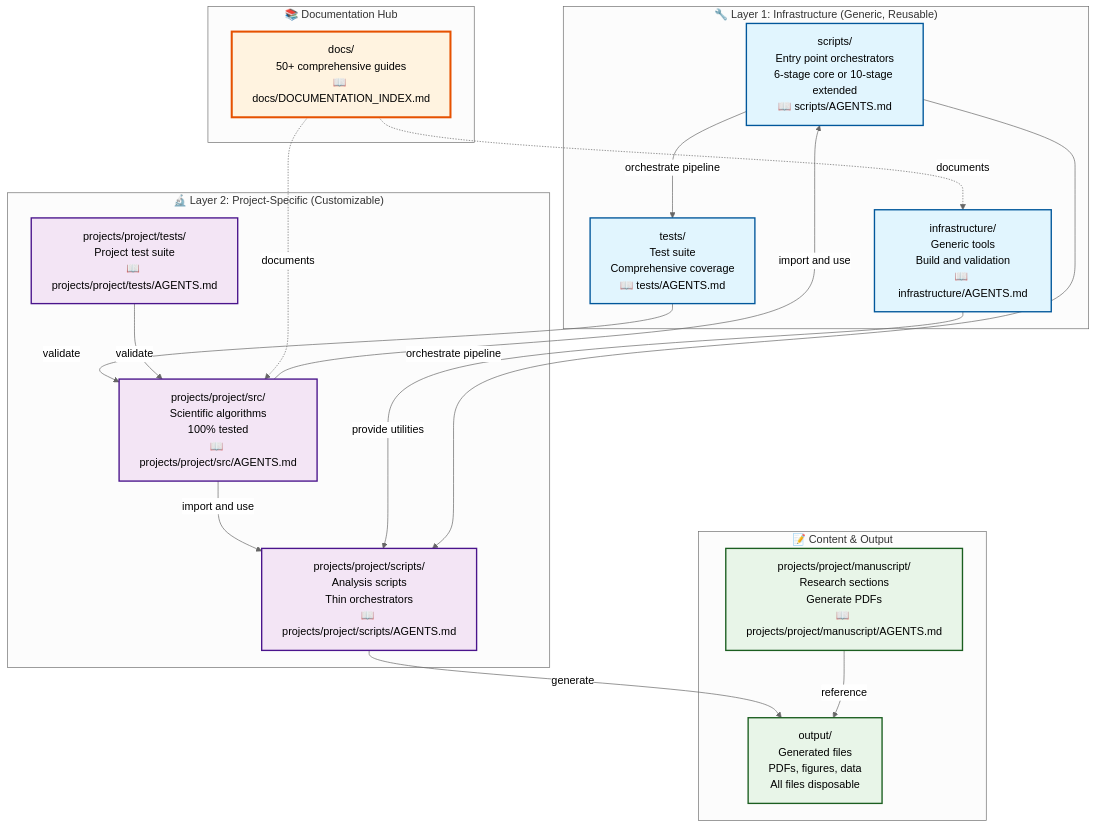
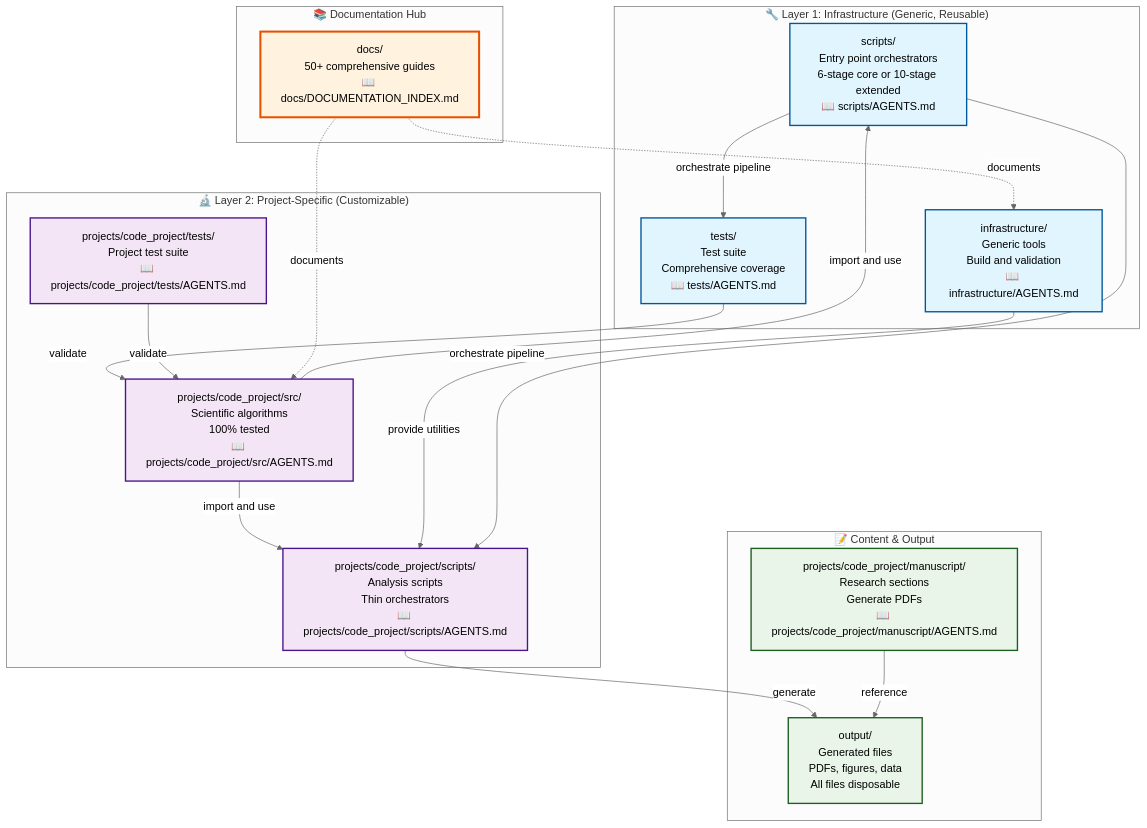
Before and after one commit to docxology/template: the sixth of 14 diagrams in README.md, drawn with Mermaid (neutral theme). The commit also changed other lines of this file and 120 other files, not shown here.

````diff
--- a/README.md
+++ b/README.md
@@ -469,45 +468,45 @@
 ```mermaid
 graph TB
     subgraph L1["🔧 Layer 1: Infrastructure (Generic, Reusable)"]
         INFRA[infrastructure/\nGeneric tools\nBuild and validation\n📖 infrastructure/AGENTS.md]
         INFRA_SCRIPTS[scripts/\nEntry point orchestrators\n6-stage core or 10-stage extended\n📖 scripts/AGENTS.md]
         TESTS[tests/\nTest suite\nComprehensive coverage\n📖 tests/AGENTS.md]
     end
 
     subgraph L2["🔬 Layer 2: Project-Specific (Customizable)"]
-        SRC[projects/project/src/\nScientific algorithms\n100% tested\n📖 projects/project/src/AGENTS.md]
-        SCRIPTS[projects/project/scripts/\nAnalysis scripts\nThin orchestrators\n📖 projects/project/scripts/AGENTS.md]
-        PROJECT_TESTS[projects/project/tests/\nProject test suite\n📖 projects/project/tests/AGENTS.md]
+        SRC[projects/code_project/src/\nScientific algorithms\n100% tested\n📖 projects/code_project/src/AGENTS.md]
+        SCRIPTS[projects/code_project/scripts/\nAnalysis scripts\nThin orchestrators\n📖 projects/code_project/scripts/AGENTS.md]
+        PROJECT_TESTS[projects/code_project/tests/\nProject test suite\n📖 projects/code_project/tests/AGENTS.md]
     end
 
     subgraph DOCS["📚 Documentation Hub"]
         DOCS_DIR[docs/\n50+ comprehensive guides\n📖 docs/DOCUMENTATION_INDEX.md]
     end
 
     subgraph CONTENT["📝 Content & Output"]
-        MANUSCRIPT[projects/project/manuscript/\nResearch sections\nGenerate PDFs\n📖 projects/project/manuscript/AGENTS.md]
+        MANUSCRIPT[projects/code_project/manuscript/\nResearch sections\nGenerate PDFs\n📖 projects/code_project/manuscript/AGENTS.md]
         OUTPUT[output/\nGenerated files\nPDFs, figures, data\nAll files disposable]
     end
 
     SRC -->|import and use| SCRIPTS
     SRC -->|import and use| INFRA_SCRIPTS
     INFRA -->|provide utilities| SCRIPTS
     SCRIPTS -->|generate| OUTPUT
     INFRA_SCRIPTS -->|orchestrate pipeline| TESTS
     INFRA_SCRIPTS -->|orchestrate pipeline| SCRIPTS
     MANUSCRIPT -->|reference| OUTPUT
     TESTS -->|validate| SRC
     PROJECT_TESTS -->|validate| SRC
     DOCS_DIR -.->|documents| INFRA
     DOCS_DIR -.->|documents| SRC
 
     classDef layer1 fill:#e1f5fe,stroke:#01579b,stroke-width:2px
     classDef layer2 fill:#f3e5f5,stroke:#4a148c,stroke-width:2px
     classDef docs fill:#fff3e0,stroke:#e65100,stroke-width:3px
     classDef content fill:#e8f5e8,stroke:#1b5e20,stroke-width:2px
 
     class INFRA,INFRA_SCRIPTS,TESTS layer1
     class SRC,SCRIPTS,PROJECT_TESTS layer2
     class DOCS_DIR docs
     class MANUSCRIPT,OUTPUT content
 ```
````
